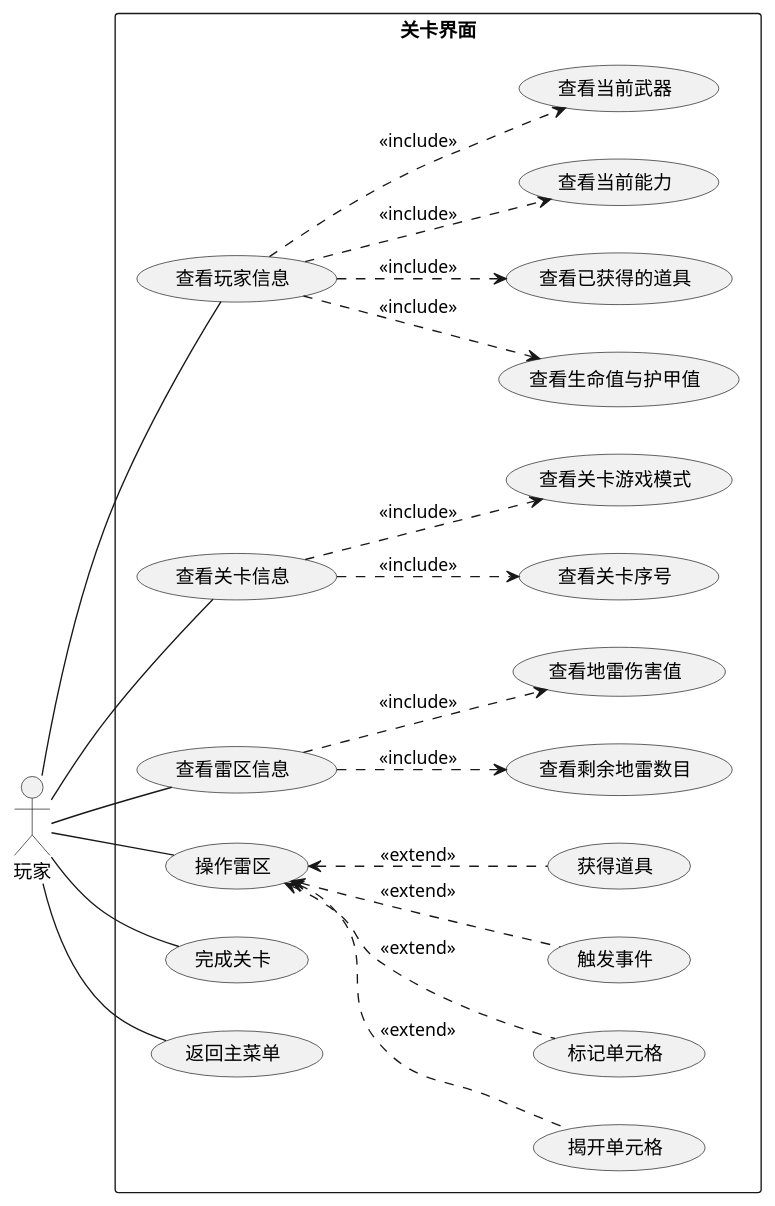
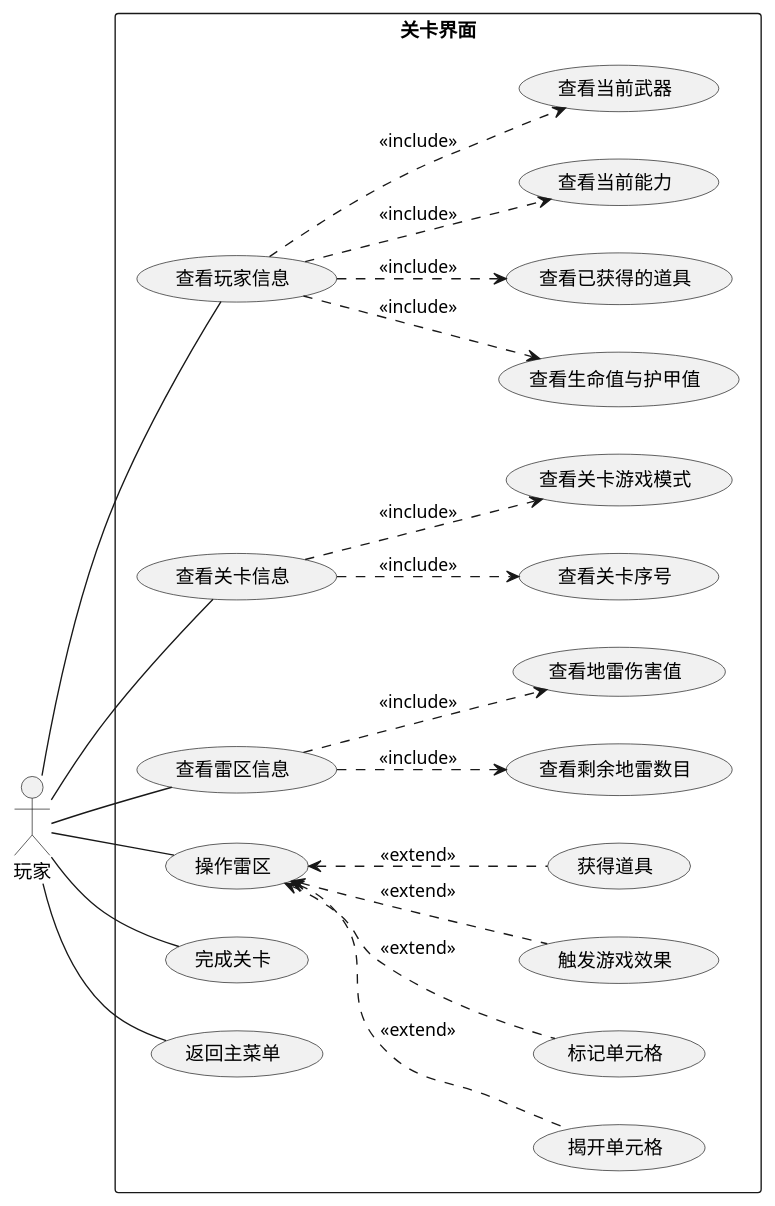
The diagram in SnekPlugin/Diagrams/UseCase/level-ui.puml (SnekTech/mine-sweeper-rogue-lib), drawn with PlantUML before and after one commit. The commit also changed 1 other file, not shown here.

Commit message:
update use case diagram

```diff
--- a/SnekPlugin/Diagrams/UseCase/level-ui.puml
+++ b/SnekPlugin/Diagrams/UseCase/level-ui.puml
@@ -1,54 +1,54 @@
 @startuml level-ui
 
 left to right direction
 
 actor "玩家" as p1
 
 rectangle 关卡界面 {
 
     usecase (查看玩家信息) as check_player_info
     usecase (查看生命值与护甲值) as check_life
     usecase (查看已获得的道具) as check_items
     usecase (查看当前能力) as check_abilities
     usecase check_weapon as "查看当前武器"
     check_player_info ..> check_life : <<include>>
     check_player_info ..> check_items : <<include>>
     check_player_info ..> check_abilities : <<include>>
     check_player_info ..> check_weapon : <<include>>
 
     usecase check_level_info as "查看关卡信息"
     usecase check_level_index as "查看关卡序号"
     usecase check_level_game_mode as "查看关卡游戏模式"
     check_level_info ..> check_level_index : <<include>>
     check_level_info ..> check_level_game_mode : <<include>>
 
     usecase check_grid_info as "查看雷区信息"
     usecase check_bomb_remain as "查看剩余地雷数目"
     usecase check_bomb_damage as "查看地雷伤害值"
     check_grid_info ..> check_bomb_remain : <<include>>
     check_grid_info ..> check_bomb_damage : <<include>>
     
     usecase manipulate_grid as "操作雷区"
     usecase reveal_cell as "揭开单元格"
     usecase flag_cell as "标记单元格"
     manipulate_grid <.. reveal_cell : <<extend>>
     manipulate_grid <.. flag_cell : <<extend>>
     
-    usecase trigger_event as "触发事件"
+    usecase trigger_event as "触发游戏效果"
     usecase get_item as "获得道具"
     manipulate_grid <.. trigger_event : <<extend>>
     manipulate_grid <.. get_item : <<extend>>
     
     usecase complete_level as "完成关卡"
 
     usecase return_to_main_menu as "返回主菜单"
 }
 
 p1 -- check_player_info
 p1 -- check_level_info
 p1 -- check_grid_info
 p1 -- manipulate_grid
 p1 -- complete_level
 p1 -- return_to_main_menu
 
 @enduml
```
